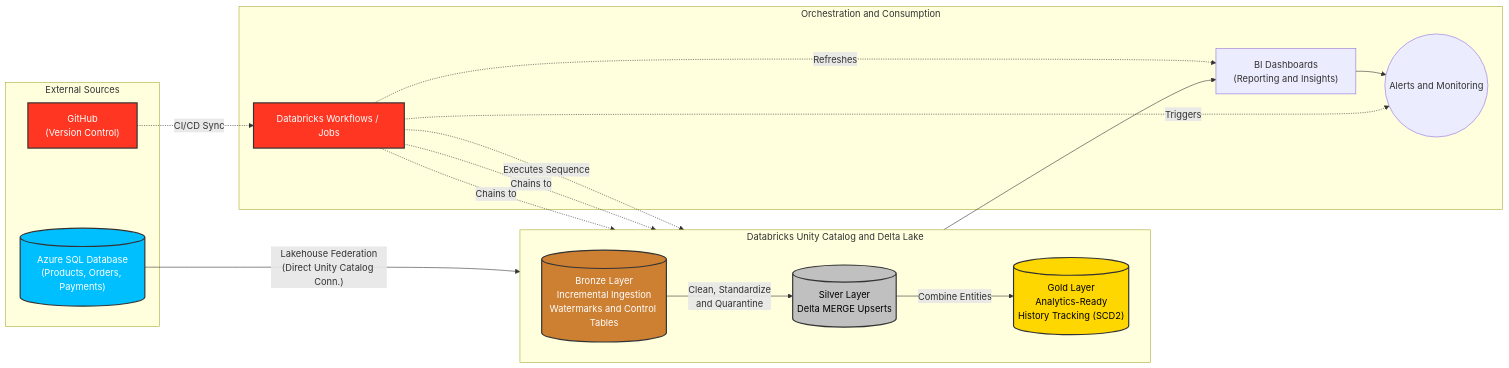
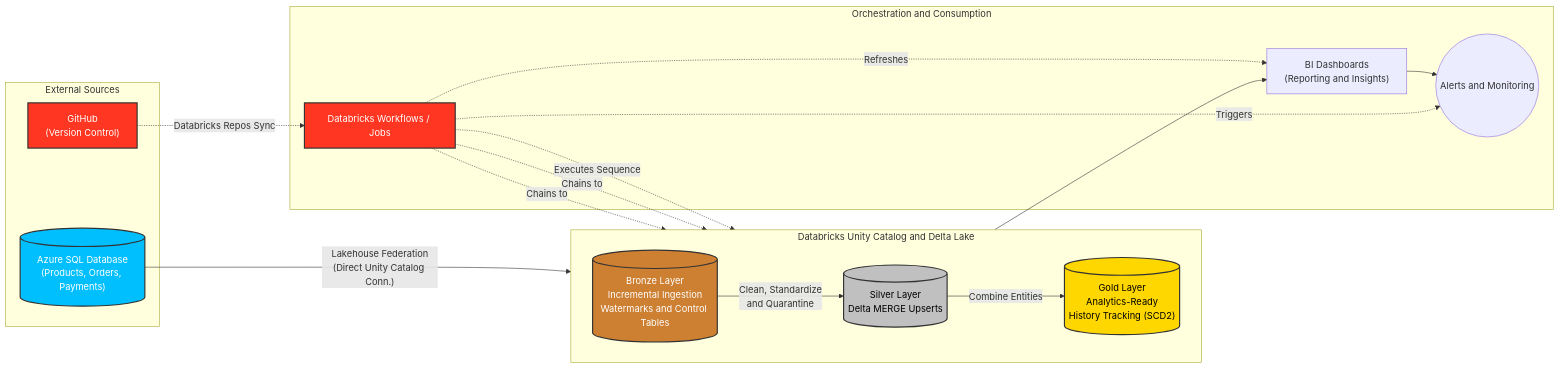
The diagram in README.md (ahmedelsheikh109/Novacart-Case-Study), drawn with Mermaid before and after one commit.

Commit message:
Remove CI/CD mention from diagram as it is not implemented

````diff
--- a/README.md
+++ b/README.md
@@ -12,37 +12,37 @@
 ```mermaid
 graph LR
     %% Define styles for colors
     classDef bronze fill:#cd7f32,stroke:#333,stroke-width:2px,color:#fff;
     classDef silver fill:#c0c0c0,stroke:#333,stroke-width:2px,color:#000;
     classDef gold fill:#ffd700,stroke:#333,stroke-width:2px,color:#000;
     classDef sql fill:#00bfff,stroke:#333,stroke-width:2px,color:#fff;
     classDef databricks fill:#ff3621,stroke:#333,stroke-width:2px,color:#fff;
 
     subgraph External_Systems [External Sources]
         SQL[("Azure SQL Database<br>(Products, Orders, Payments)")]:::sql
         GH["GitHub<br>(Version Control)"]:::databricks
     end
 
     SQL -->|"Lakehouse Federation<br>(Direct Unity Catalog Conn.)"| B
     
     subgraph Medallion Architecture [Databricks Unity Catalog and Delta Lake]
         direction LR
         B[("Bronze Layer<br>Incremental Ingestion<br>Watermarks and Control Tables")]:::bronze
         
         B -->|"Clean, Standardize<br>and Quarantine"| S[("Silver Layer<br>Delta MERGE Upserts")]:::silver
         
         S -->|"Combine Entities"| G[("Gold Layer<br>Analytics-Ready<br>History Tracking (SCD2)")]:::gold
     end
     
     subgraph Orchestration and Consumption
         G --> BI["BI Dashboards<br>(Reporting and Insights)"]
         BI --> AL(("Alerts and Monitoring"))
         
-        GH -.->|"CI/CD Sync"| W["Databricks Workflows / Jobs"]:::databricks
+        GH -.->|"Databricks Repos Sync"| W["Databricks Workflows / Jobs"]:::databricks
         W -.->|"Executes Sequence"| B
         W -.->|"Chains to"| S
         W -.->|"Chains to"| G
         W -.->|"Refreshes"| BI
         W -.->|"Triggers"| AL
     end
 ```
````
